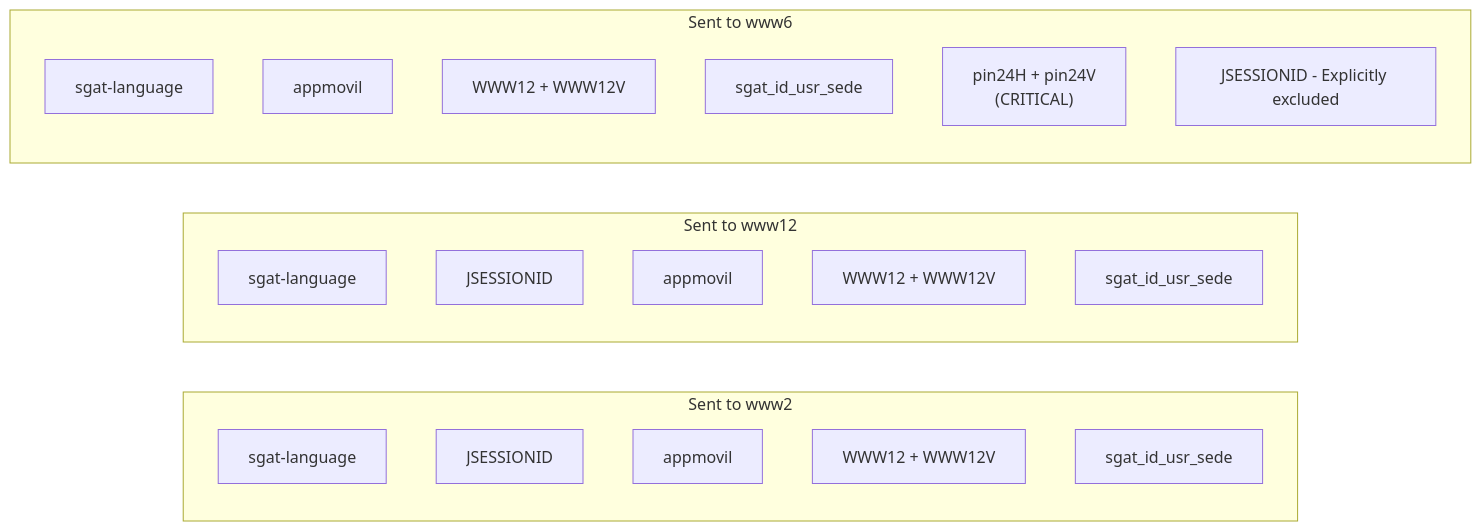
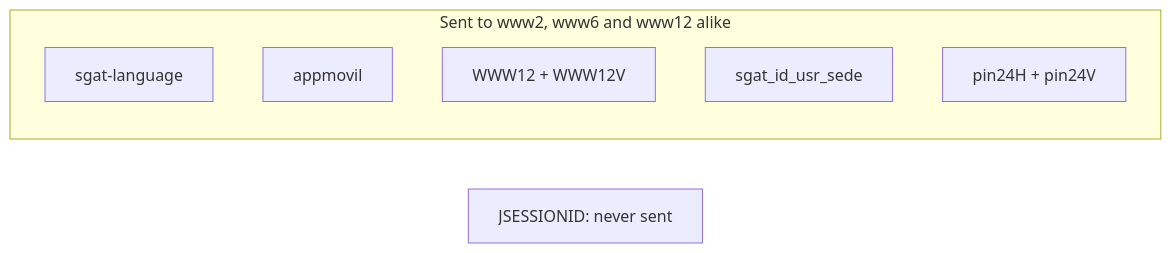
Before and after one commit to gabela-io/llave: the second of 3 diagrams in book/src/implementation-guide/cookie-management.md, drawn with Mermaid. The commit also changed other lines of this file and 27 other files, not shown here.

````diff
--- a/book/src/implementation-guide/cookie-management.md
+++ b/book/src/implementation-guide/cookie-management.md
@@ -44,28 +56,11 @@
 ```mermaid
 flowchart LR
-    subgraph "Sent to www2"
+    subgraph "Sent to www2, www6 and www12 alike"
         A1[sgat-language]
-        A2[JSESSIONID]
         A3[appmovil]
         A4[WWW12 + WWW12V]
         A5[sgat_id_usr_sede]
+        A6[pin24H + pin24V]
     end
-
-    subgraph "Sent to www12"
-        B1[sgat-language]
-        B2[JSESSIONID]
-        B3[appmovil]
-        B4[WWW12 + WWW12V]
-        B5[sgat_id_usr_sede]
-    end
-
-    subgraph "Sent to www6"
-        direction TB
-        C1[sgat-language]
-        C3[appmovil]
-        C4[WWW12 + WWW12V]
-        C5[sgat_id_usr_sede]
-        C6["pin24H + pin24V<br/>(CRITICAL)"]
-        C7["JSESSIONID - Explicitly excluded"]
-    end
+    X["JSESSIONID: never sent"]
 ```
````
